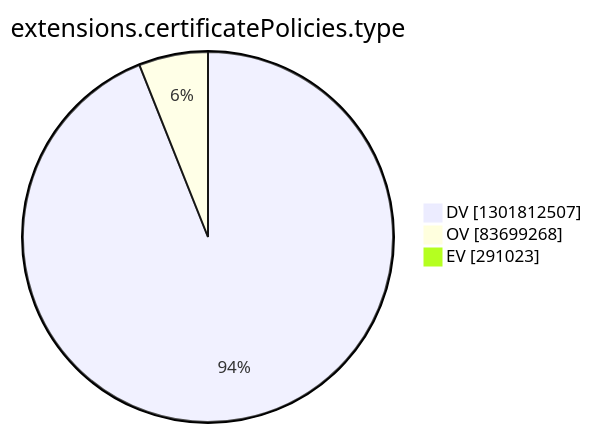
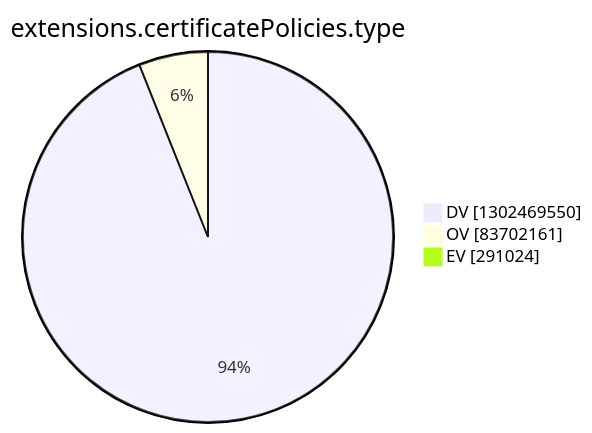
The tenth of 15 diagrams in argon2022/README.md (christiankrug/ctmonitor_visualization), drawn with Mermaid before and after one commit. The commit also changed other lines of this file, not shown here.

````diff
--- a/argon2022/README.md
+++ b/argon2022/README.md
@@ -2772,7 +2772,7 @@
 ```mermaid
 pie showData
 title extensions.certificatePolicies.type
-"DV" :1301812507
-"OV" :83699268
-"EV" :291023
+"DV" :1302469550
+"OV" :83702161
+"EV" :291024
 ```
````
